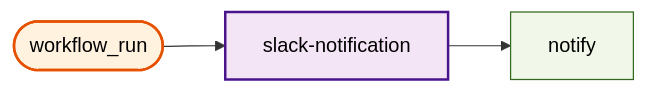
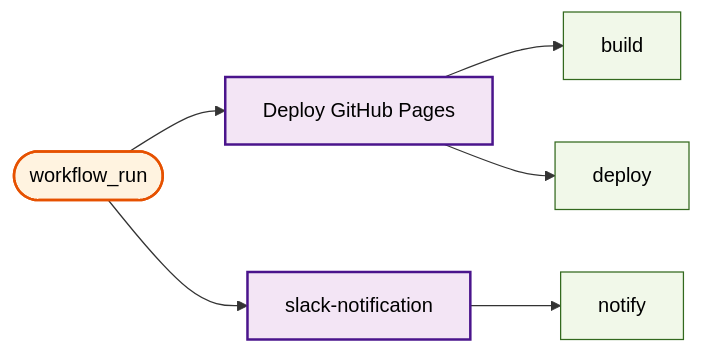
One commit to US-Trustee-Program/Bankruptcy-Oversight-Support-Systems changed diagram 27 of 28 in docs/operations/workflow-diagram.md. Above: the diagram before and after it, drawn with Mermaid. The commit also changed other lines of this file and 16 other files, not shown here.

````diff
--- a/docs/operations/workflow-diagram.md
+++ b/docs/operations/workflow-diagram.md
@@ -1390,18 +1397,27 @@
 ```mermaid
 flowchart LR
     trigger_workflow_run(["workflow_run"])
+    deploy_pages_yml["Deploy GitHub Pages"]
+    deploy_pages_yml_build["build"]
+    deploy_pages_yml_deploy["deploy"]
     slack_notification_yml["slack-notification"]
     slack_notification_yml_notify["notify"]
 
+    trigger_workflow_run --> deploy_pages_yml
+    deploy_pages_yml --> deploy_pages_yml_build
+    deploy_pages_yml --> deploy_pages_yml_deploy
     trigger_workflow_run --> slack_notification_yml
     slack_notification_yml --> slack_notification_yml_notify
 
     classDef reusable fill:#e1f5fe,stroke:#01579b,stroke-width:2px,color:#000000
     classDef mainWorkflow fill:#f3e5f5,stroke:#4a148c,stroke-width:2px,color:#000000
     classDef trigger fill:#fff3e0,stroke:#e65100,stroke-width:2px,color:#000000
     classDef job fill:#f1f8e9,stroke:#33691e,stroke-width:1px,color:#000000
 
     class trigger_workflow_run trigger
+    class deploy_pages_yml mainWorkflow
+    class deploy_pages_yml_build job
+    class deploy_pages_yml_deploy job
     class slack_notification_yml mainWorkflow
     class slack_notification_yml_notify job
 ```
````
